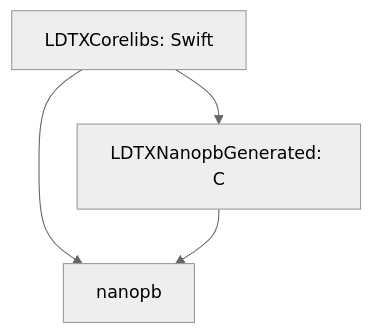
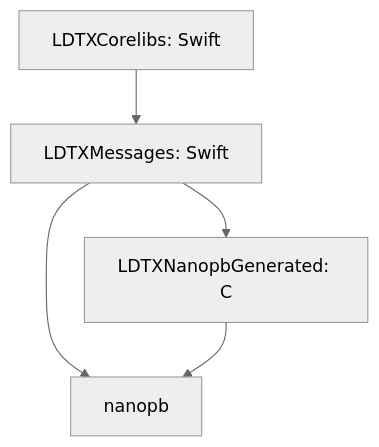
Before and after one commit to kaito-tokyo/LDTX: the second of 2 diagrams in docs/target-dependencies.md, drawn with Mermaid (neutral theme). The commit also changed other lines of this file and 222 other files, not shown here.

````diff
--- a/docs/target-dependencies.md
+++ b/docs/target-dependencies.md
@@ -62,6 +61,7 @@
 ```mermaid
 flowchart TD
-    Corelibs[LDTXCorelibs: Swift] --> Generated[LDTXNanopbGenerated: C]
-    Corelibs --> nanopb
+    Corelibs[LDTXCorelibs: Swift] --> Messages[LDTXMessages: Swift]
+    Messages --> Generated[LDTXNanopbGenerated: C]
+    Messages --> nanopb
     Generated --> nanopb
 ```
````
